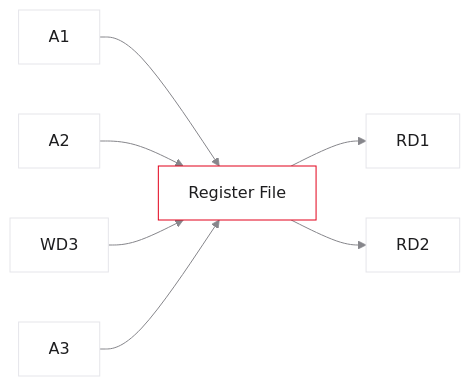
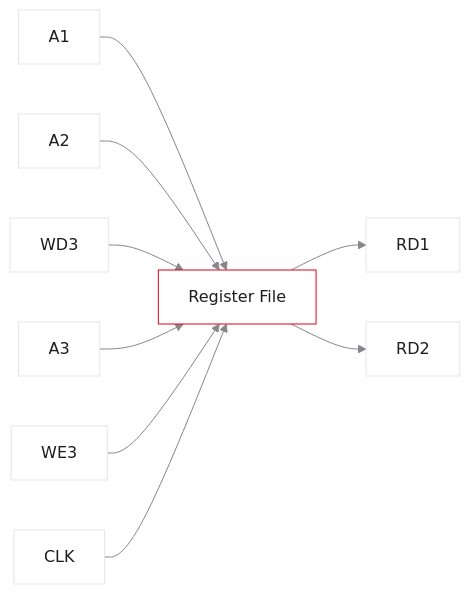
Diagram 20 of 24 in vorlesungen/01_kickoff.qmd (dantschi/mct1), drawn with Mermaid before and after one commit. The commit also changed other lines of this file and 3 other files, not shown here.

````diff
--- a/vorlesungen/01_kickoff.qmd
+++ b/vorlesungen/01_kickoff.qmd
@@ -1327,12 +1564,14 @@
 ```{mermaid}
 %%| fig-width: 3.5
 %%{init: {'theme': 'base', 'themeVariables': {'background': '#FFFFFF', 'primaryColor': '#FFFFFF', 'primaryBorderColor': '#E5E5EA', 'primaryTextColor': '#1D1D1F', 'lineColor': '#86868B', 'secondaryColor': '#F5F5F7', 'tertiaryColor': '#FFFFFF', 'mainBkg': '#FFFFFF', 'nodeBorder': '#E5E5EA', 'clusterBkg': '#F5F5F7', 'clusterBorder': '#E5E5EA', 'titleColor': '#1D1D1F', 'edgeLabelBackground': '#FFFFFF'}}}%%
 graph LR
   A1[A1] --> RF[Register File]
   A2[A2] --> RF
   RF --> RD1[RD1]
   RF --> RD2[RD2]
   WD3[WD3] --> RF
   A3[A3] --> RF
+  WE3[WE3] --> RF
+  CLK[CLK] --> RF
   style RF fill:#FFFFFF,stroke:#E2001A,stroke-width:2px !important
 ```
````
